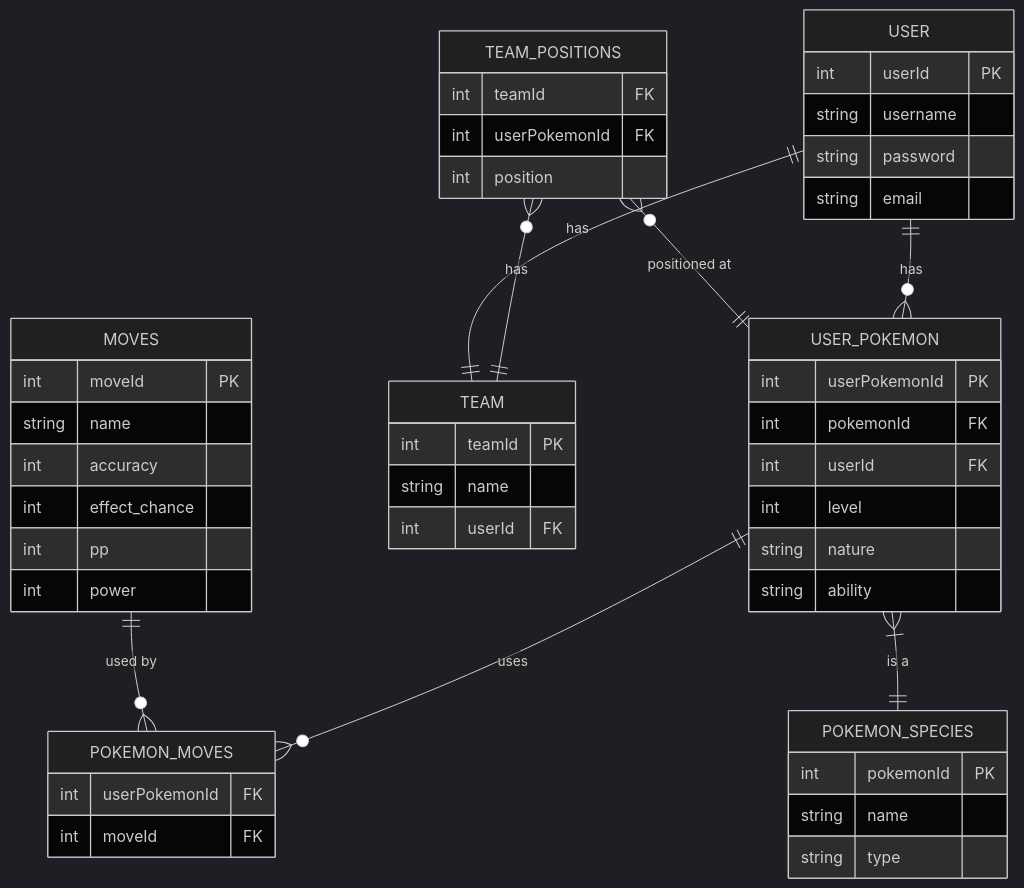
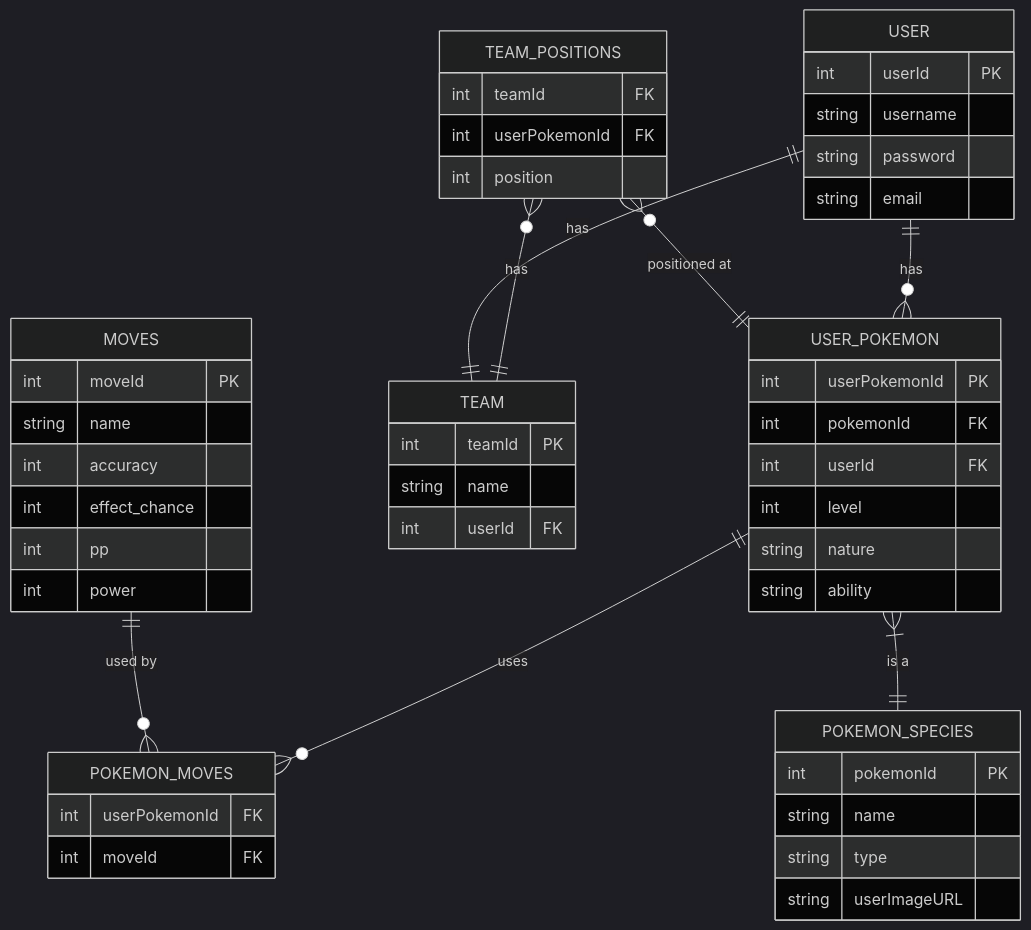
One commit to tjklint/PokePC changed the diagram in erd.mermaid. Above: the diagram before and after it, drawn with Mermaid (dark theme).

Commit message:
Added pokemone species table.

```diff
--- a/erd.mermaid
+++ b/erd.mermaid
@@ -1,56 +1,57 @@
 erDiagram
     USER ||--o{ USER_POKEMON : "has"
     TEAM_POSITIONS o{--|| TEAM: "has"
     TEAM_POSITIONS o{--|| USER_POKEMON: "positioned at"
     USER||--|| TEAM:"has"
     USER_POKEMON ||--o{ POKEMON_MOVES : "uses"
     MOVES ||--o{ POKEMON_MOVES : "used by"
     USER_POKEMON }|--|| POKEMON_SPECIES : "is a"
 
     USER {
         int userId PK
         string username
         string password
         string email
     }
 
     POKEMON_SPECIES {
         int pokemonId PK
         string name
         string type
+        string userImageURL
     }
 
     USER_POKEMON {
         int userPokemonId PK
         int pokemonId FK
         int userId FK
         int level
         string nature
         string ability
     }
 
     TEAM {
         int teamId PK
         string name
         int userId FK
     }
 
     TEAM_POSITIONS {
         int teamId FK
         int userPokemonId FK
         int position
     }
 
     MOVES {
         int moveId PK
         string name 
         int accuracy
         int effect_chance
         int pp   
         int power
     }
 
     POKEMON_MOVES {
         int userPokemonId FK
         int moveId FK
     }
```
